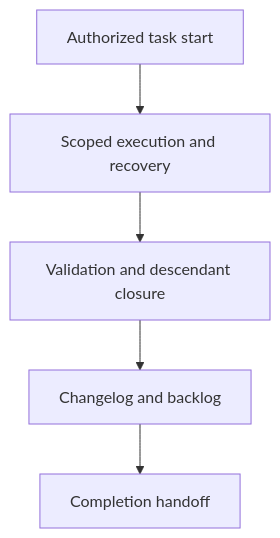
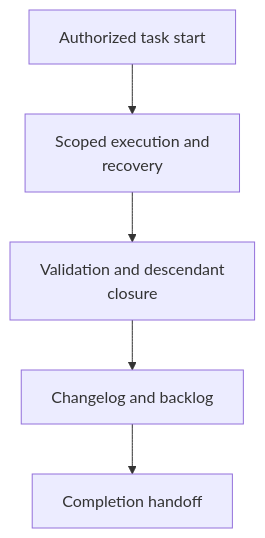
The diagram in skills/master/implementing-tasks/as-is.md (abstract-business-systems/as-is), drawn with Mermaid before and after one commit. The commit also changed other lines of this file and 40 other files, not shown here.

````diff
--- a/skills/master/implementing-tasks/as-is.md
+++ b/skills/master/implementing-tasks/as-is.md
@@ -14,7 +14,7 @@
 ```mermaid
 flowchart TD
-    A["Authorized task start"] --> B["Scoped execution and recovery"]
-    B --> C["Validation and descendant closure"]
+    A["Authorized task start"] --> B["Scoped execution and<br/>recovery"]
+    B --> C["Validation and descendant<br/>closure"]
     C --> D["Changelog and backlog"]
     D --> E["Completion handoff"]
 ```
````
